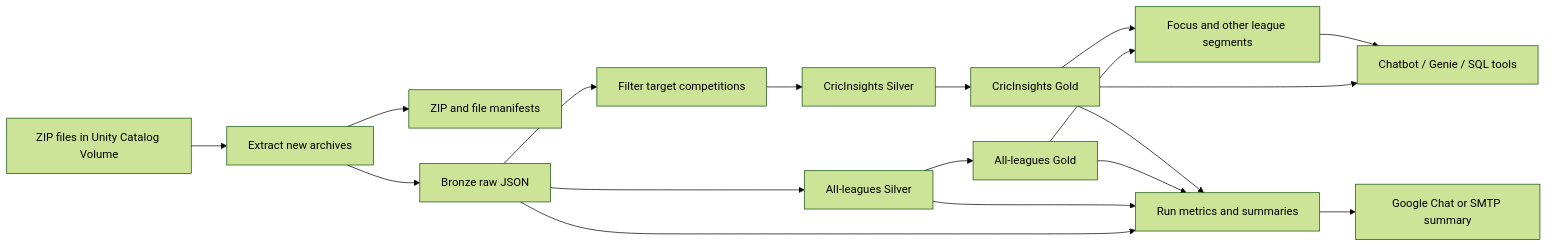
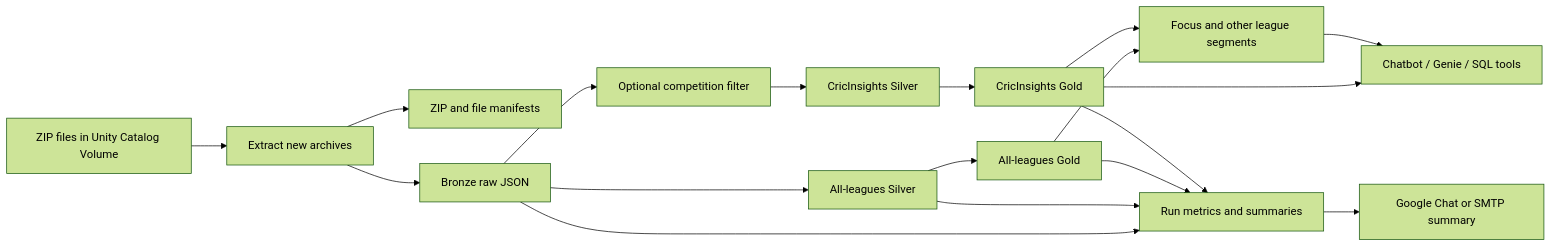
The diagram in README.md (Jagadeeswaran-DE/cricket-all-leagues-ai-lakehouse), drawn with Mermaid (forest theme) before and after one commit. The commit also changed other lines of this file, not shown here.

````diff
--- a/README.md
+++ b/README.md
@@ -57,25 +57,25 @@
 ```mermaid
 flowchart LR
     zip["ZIP files in Unity Catalog Volume"] --> extract["Extract new archives"]
     extract --> manifest["ZIP and file manifests"]
     extract --> bronze["Bronze raw JSON"]
 
     bronze --> silver_all["All-leagues Silver"]
     silver_all --> gold_all["All-leagues Gold"]
 
-    bronze --> filter["Filter target competitions"]
+    bronze --> filter["Optional competition filter"]
     filter --> silver_focus["CricInsights Silver"]
     silver_focus --> gold_focus["CricInsights Gold"]
 
     gold_all --> segments["Focus and other league segments"]
     gold_focus --> segments
 
     gold_focus --> chatbot["Chatbot / Genie / SQL tools"]
     segments --> chatbot
 
     bronze --> audit["Run metrics and summaries"]
     silver_all --> audit
     gold_all --> audit
     gold_focus --> audit
     audit --> notify["Google Chat or SMTP summary"]
 ```
````
